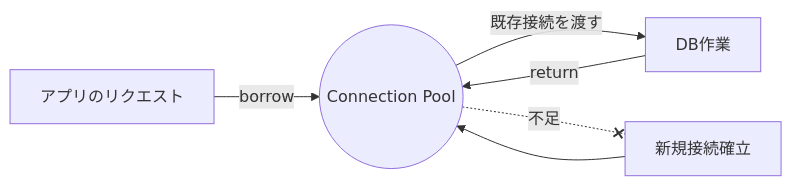
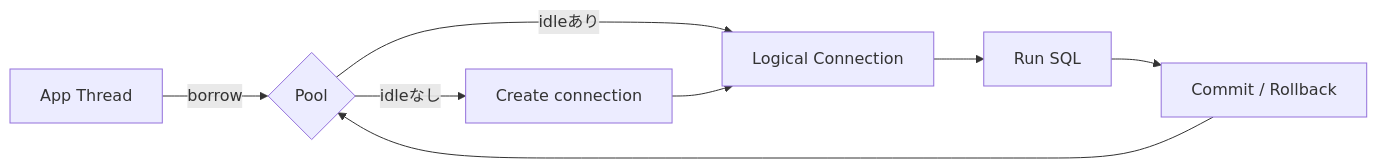
Before and after one commit to yugi0922/lessons: the first of 7 diagrams in database-basics/9_application_development_proctice.md, drawn with Mermaid. The commit also changed other lines of this file, not shown here.

````diff
--- a/database-basics/9_application_development_proctice.md
+++ b/database-basics/9_application_development_proctice.md
@@ -23,8 +51,10 @@
 ```mermaid
 flowchart LR
-  A[アプリのリクエスト] -->|borrow| P((Connection Pool))
-  P -->|既存接続を渡す| W[DB作業]
-  W -->|return| P
-  P -.不足.-x N[新規接続確立]
-  N --> P
+app[App Thread] -->|borrow| pool{Pool}
+pool -->|idleあり| lconn[Logical Connection]
+pool -->|idleなし| create[Create connection]
+lconn --> exec[Run SQL]
+exec --> endtx[Commit / Rollback]
+endtx --> pool
+create --> lconn
 ```
````
